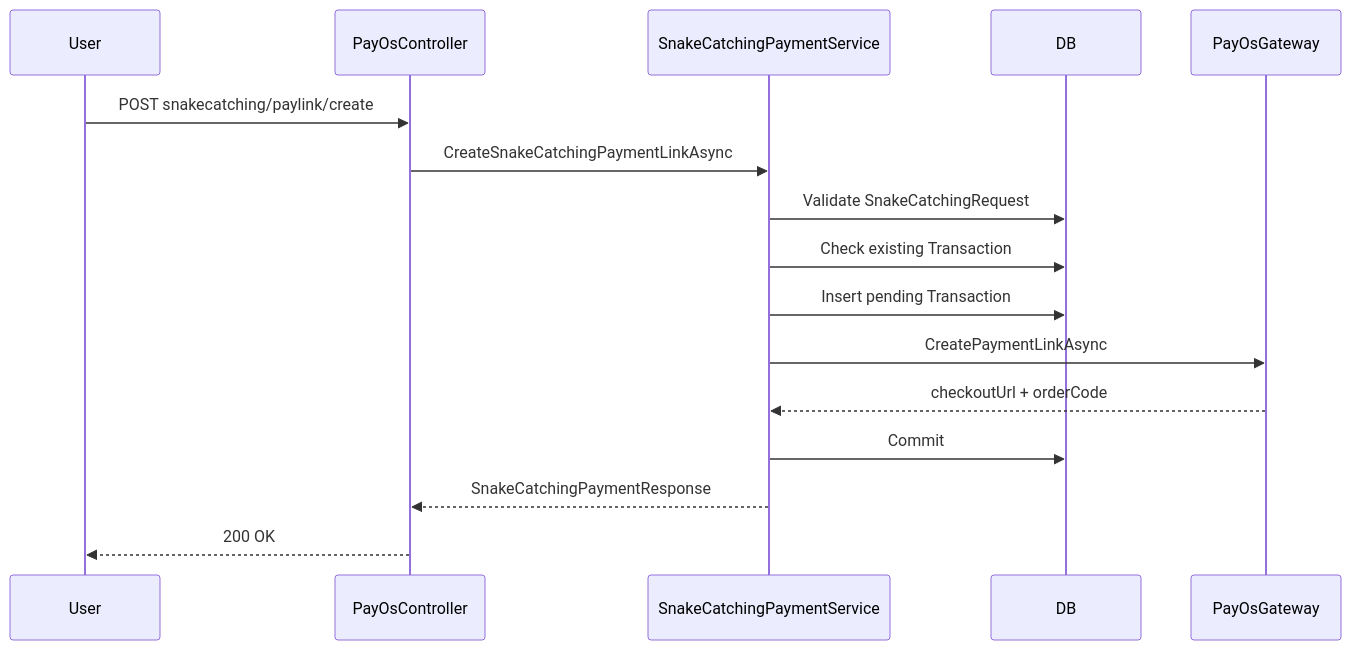
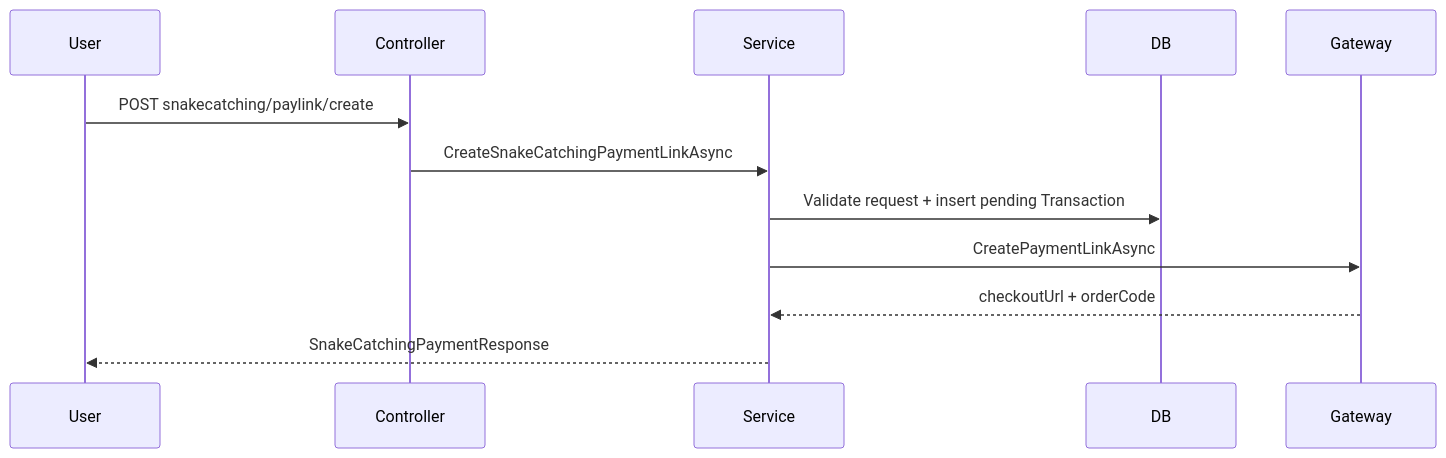
Before and after one commit to Snake-AID/SnakeAid.Docs: the second of 4 diagrams in Docs/05-Backend/02-layers/payos/payos.sourcecode.md, drawn with Mermaid. The commit also changed other lines of this file and 2 other files, not shown here.

Commit message:
docs: update PayOS layer documentation with current architecture and endpoint details

````diff
--- a/Docs/05-Backend/02-layers/payos/payos.sourcecode.md
+++ b/Docs/05-Backend/02-layers/payos/payos.sourcecode.md
@@ -234,19 +80,9 @@
 ```mermaid
 sequenceDiagram
-    participant User
-    participant Controller as PayOsController
-    participant Service as SnakeCatchingPaymentService
-    participant DB as DB
-    participant Gateway as PayOsGateway
-
     User->>Controller: POST snakecatching/paylink/create
     Controller->>Service: CreateSnakeCatchingPaymentLinkAsync
-    Service->>DB: Validate SnakeCatchingRequest
-    Service->>DB: Check existing Transaction
-    Service->>DB: Insert pending Transaction
+    Service->>DB: Validate request + insert pending Transaction
     Service->>Gateway: CreatePaymentLinkAsync
     Gateway-->>Service: checkoutUrl + orderCode
-    Service->>DB: Commit
-    Service-->>Controller: SnakeCatchingPaymentResponse
-    Controller-->>User: 200 OK
+    Service-->>User: SnakeCatchingPaymentResponse
 ```
````
